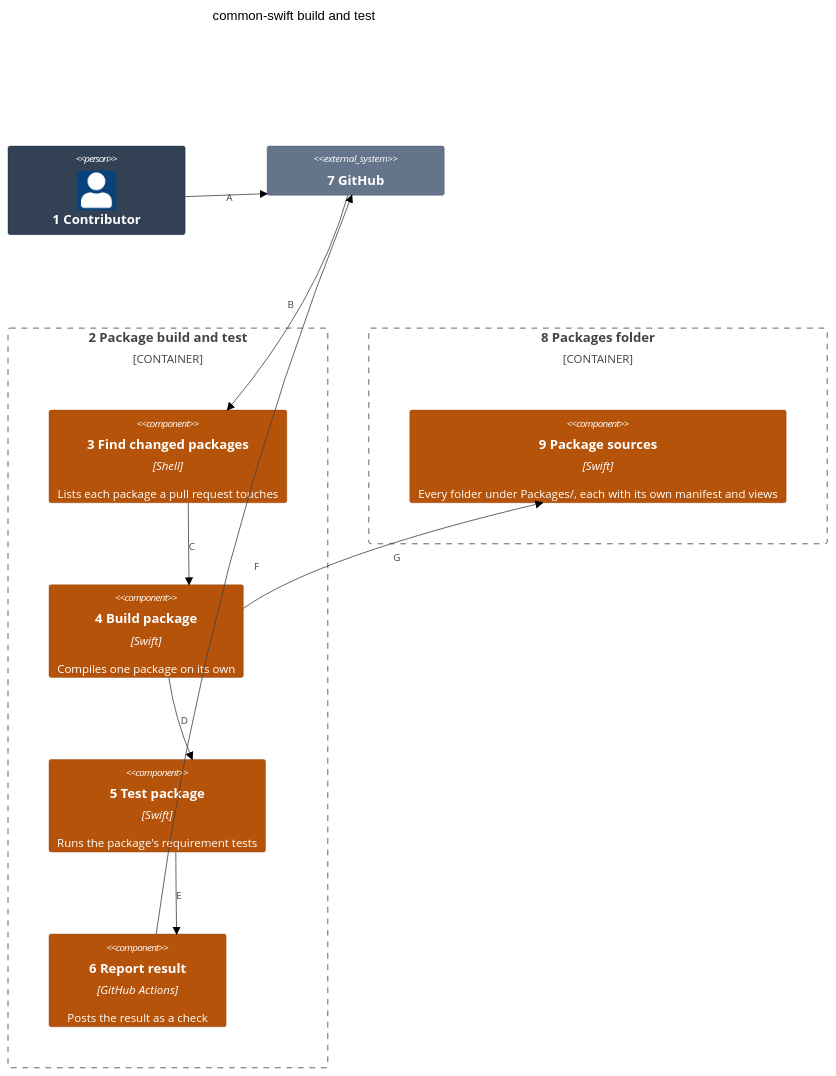
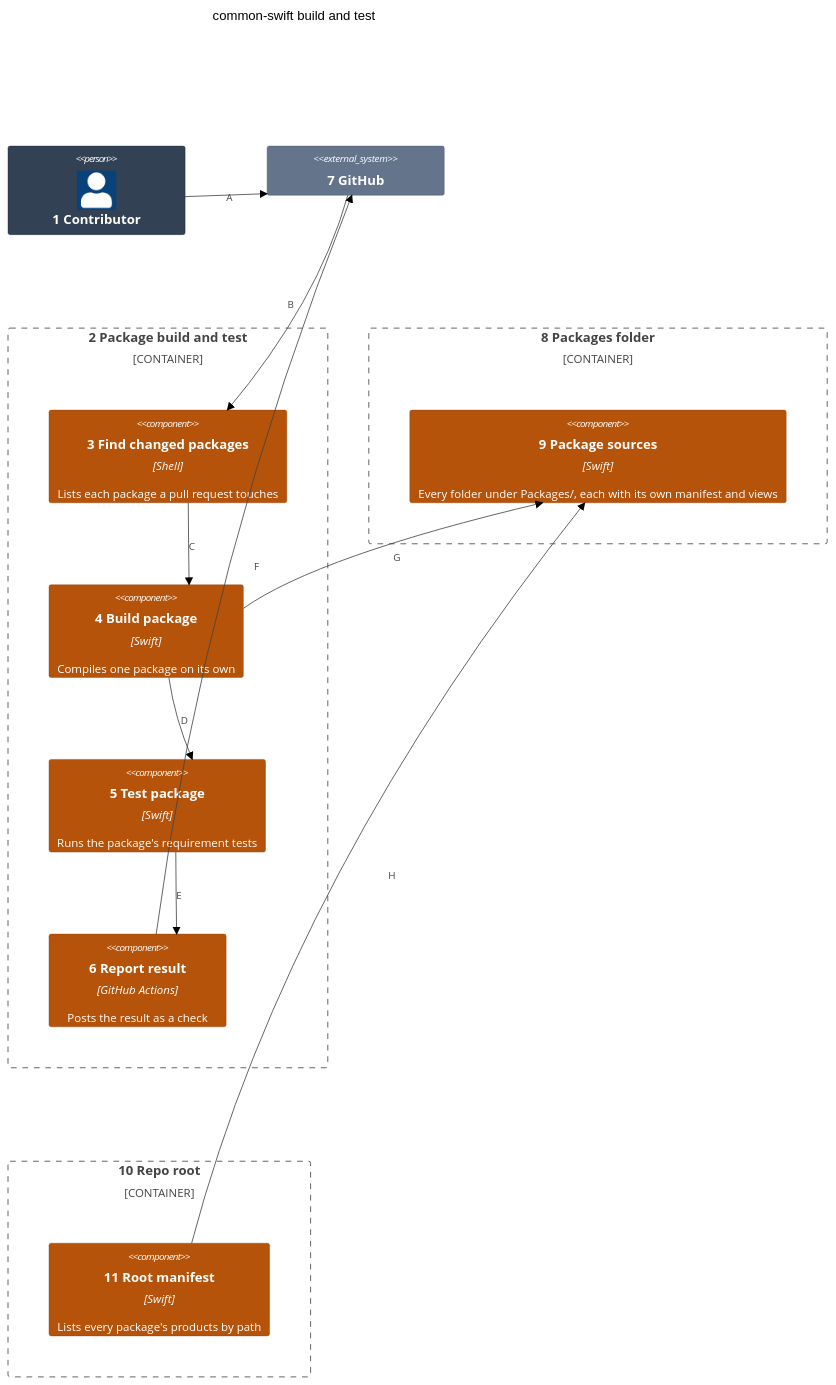
Before and after one commit to may-journal/common-swift: the first of 2 diagrams in docs/architecture/03-components.md, drawn with Mermaid (forest theme). The commit also changed other lines of this file and 11 other files, not shown here.

First line of the commit message:
feat(package): expose each package's products from a root manifest (#20)

````diff
--- a/docs/architecture/03-components.md
+++ b/docs/architecture/03-components.md
@@ -5,34 +5,39 @@
 ```mermaid
 C4Component
     title common-swift build and test
 
     Person(contributor, "1 Contributor")
 
     Container_Boundary(ci, "2 Package build and test") {
         Component(find, "3 Find changed packages", "Shell", "Lists each package a pull request touches")
         Component(build, "4 Build package", "Swift", "Compiles one package on its own")
         Component(test, "5 Test package", "Swift", "Runs the package's requirement tests")
         Component(report, "6 Report result", "GitHub Actions", "Posts the result as a check")
     }
 
     System_Ext(github, "7 GitHub")
     Container_Boundary(packages, "8 Packages folder") {
         Component(sources, "9 Package sources", "Swift", "Every folder under Packages/, each with its own manifest and views")
     }
+    Container_Boundary(top, "10 Repo root") {
+        Component(root, "11 Root manifest", "Swift", "Lists every package's products by path")
+    }
 
     Rel(contributor, github, "A")
     Rel(github, find, "B")
     Rel(find, build, "C")
     Rel(build, test, "D")
     Rel(test, report, "E")
     Rel(report, github, "F")
     Rel(build, sources, "G")
+    Rel(root, sources, "H")
 
     UpdateElementStyle(contributor, $bgColor="#334155", $borderColor="#1e293b", $fontColor="#ffffff")
     UpdateElementStyle(find, $bgColor="#b45309", $borderColor="#92400e", $fontColor="#ffffff")
     UpdateElementStyle(build, $bgColor="#b45309", $borderColor="#92400e", $fontColor="#ffffff")
     UpdateElementStyle(test, $bgColor="#b45309", $borderColor="#92400e", $fontColor="#ffffff")
     UpdateElementStyle(report, $bgColor="#b45309", $borderColor="#92400e", $fontColor="#ffffff")
     UpdateElementStyle(github, $bgColor="#64748b", $borderColor="#475569", $fontColor="#ffffff")
     UpdateElementStyle(sources, $bgColor="#b45309", $borderColor="#92400e", $fontColor="#ffffff")
+    UpdateElementStyle(root, $bgColor="#b45309", $borderColor="#92400e", $fontColor="#ffffff")
 ```
````
